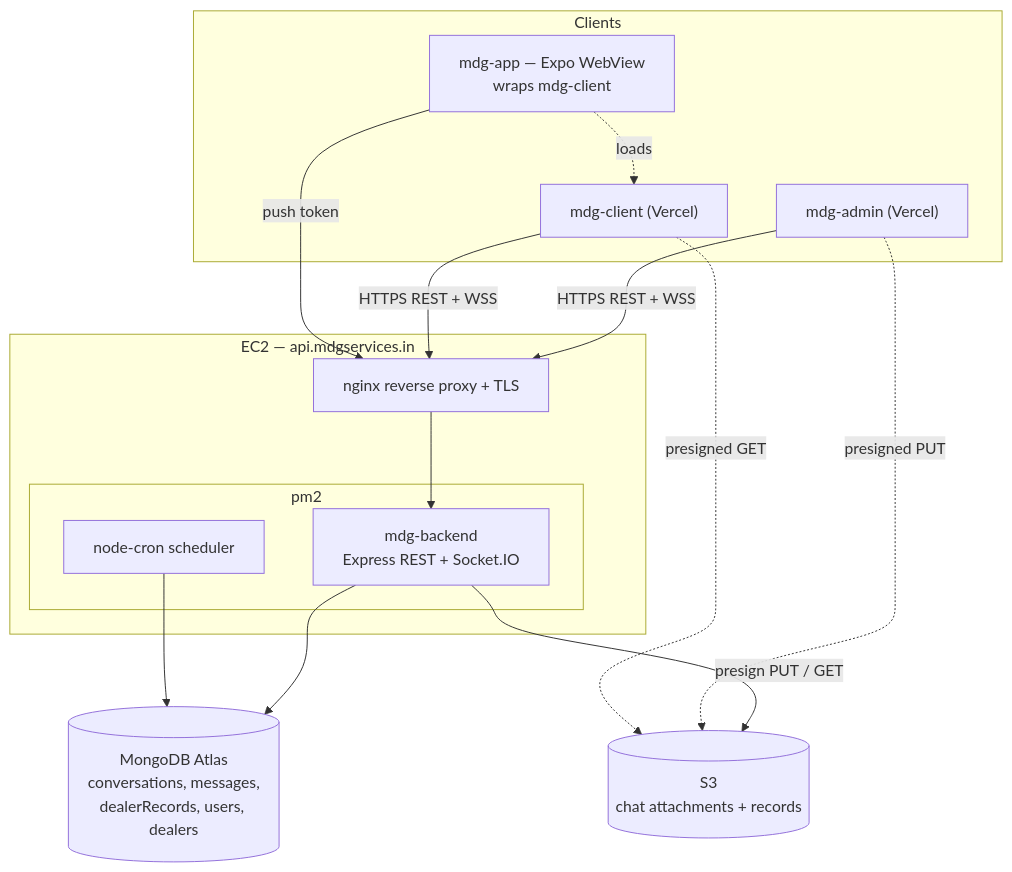
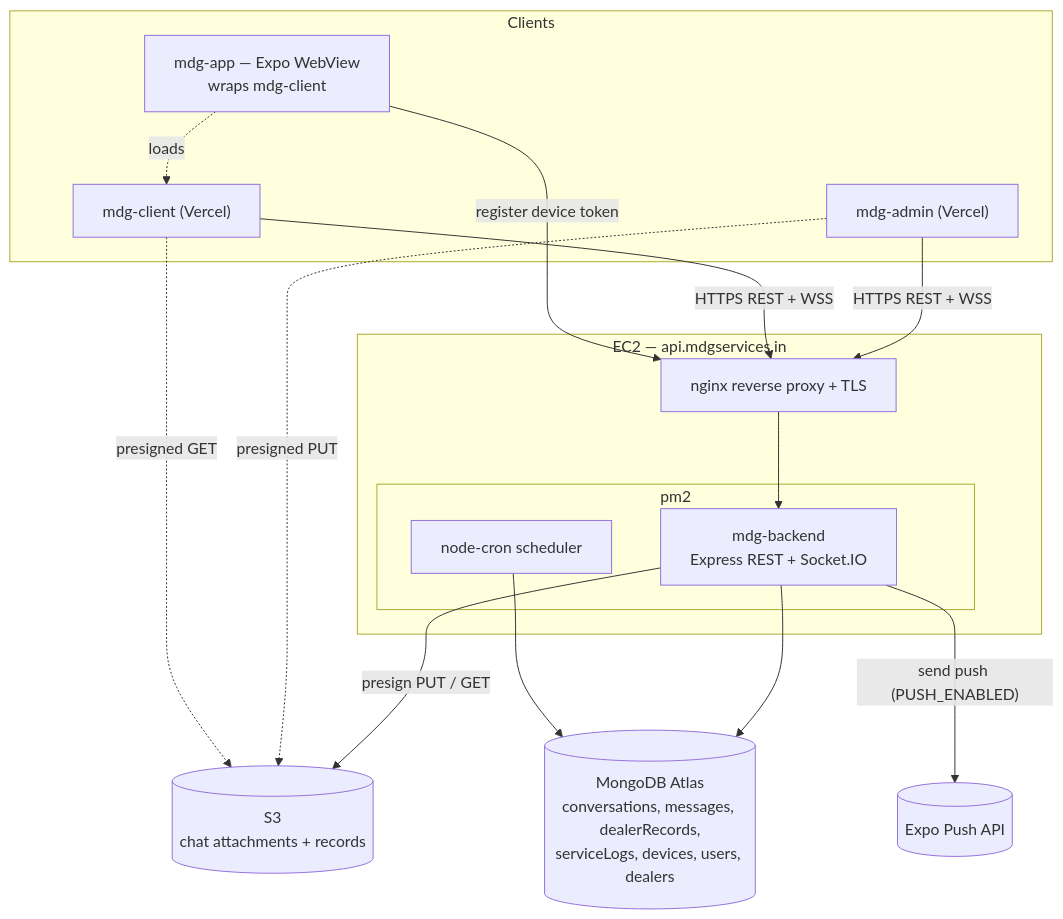
The first of 2 diagrams in docs/ARCHITECTURE_V2.md (dimssu/mdg-service), drawn with Mermaid before and after one commit. The commit also changed other lines of this file and 19 other files, not shown here.

First line of the commit message:
feat: per-member chat, device & service-log shared contracts; docs + ADR 0005

````diff
--- a/docs/ARCHITECTURE_V2.md
+++ b/docs/ARCHITECTURE_V2.md
@@ -23,32 +25,34 @@
 ```mermaid
 flowchart TB
     subgraph Clients
         Admin["mdg-admin (Vercel)"]
         Client["mdg-client (Vercel)"]
         App["mdg-app — Expo WebView<br/>wraps mdg-client"]
     end
 
     App -. loads .-> Client
 
     subgraph EC2["EC2 — api.mdgservices.in"]
         Nginx[nginx reverse proxy + TLS]
         subgraph PM2[pm2]
             BE["mdg-backend<br/>Express REST + Socket.IO"]
             Cron["node-cron scheduler"]
         end
         Nginx --> BE
     end
 
-    Atlas[("MongoDB Atlas<br/>conversations, messages,<br/>dealerRecords, users, dealers")]
+    Atlas[("MongoDB Atlas<br/>conversations, messages, dealerRecords,<br/>serviceLogs, devices, users, dealers")]
     S3[("S3<br/>chat attachments + records")]
+    Expo[("Expo Push API")]
 
     Admin -- "HTTPS REST + WSS" --> Nginx
     Client -- "HTTPS REST + WSS" --> Nginx
-    App -- "push token" --> Nginx
+    App -- "register device token" --> Nginx
 
     BE --> Atlas
     BE -- "presign PUT / GET" --> S3
+    BE -- "send push (PUSH_ENABLED)" --> Expo
     Admin -. "presigned PUT" .-> S3
     Client -. "presigned GET" .-> S3
     Cron --> Atlas
 ```
````
